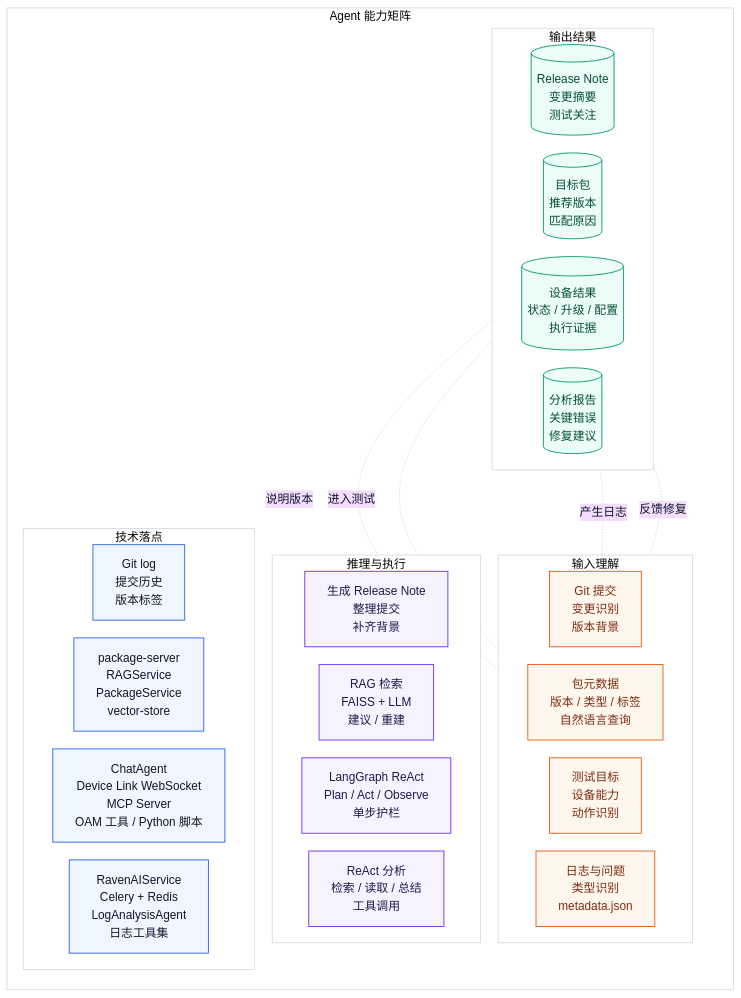
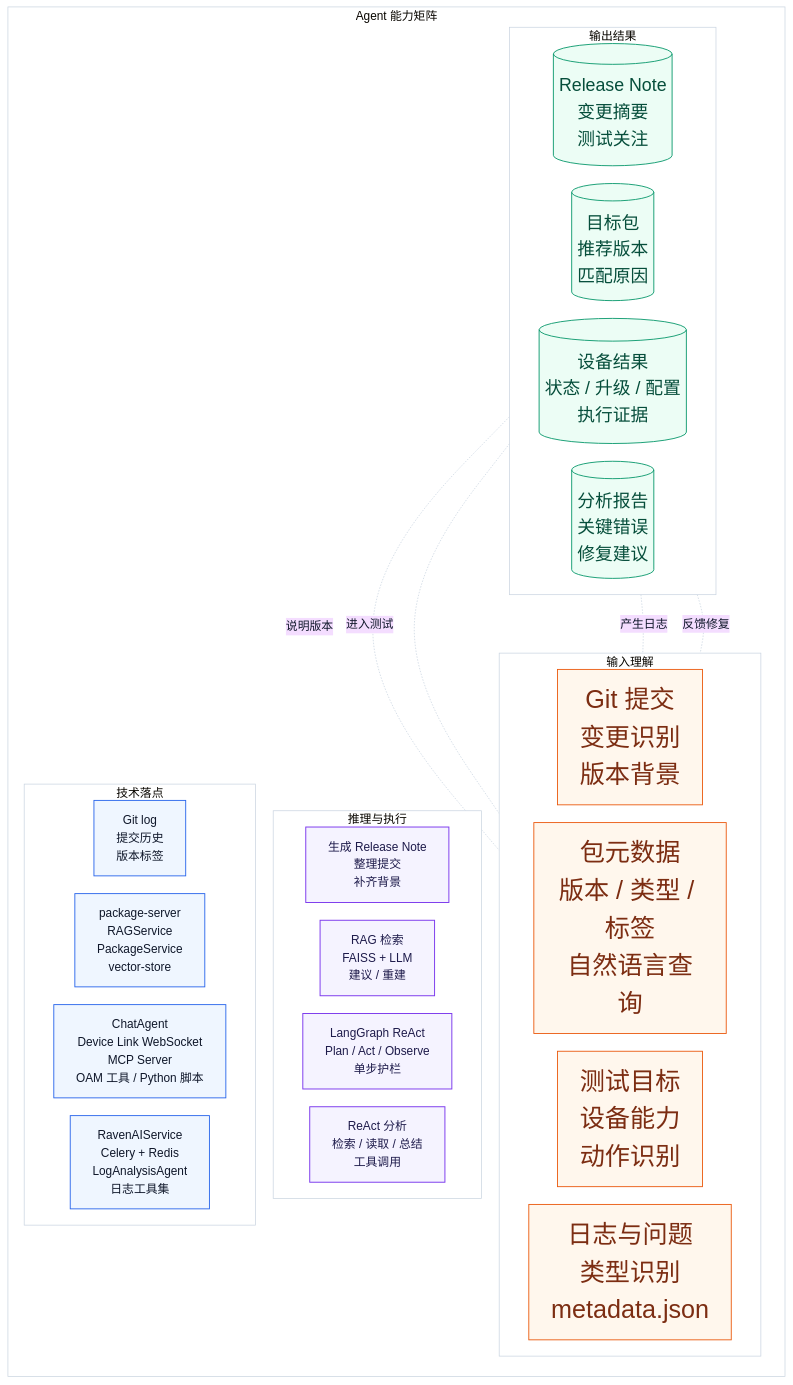
One commit to visiontrail/RavenAI changed the fourth of 4 diagrams in README.zh.md. Above: the diagram before and after it, drawn with Mermaid. The commit also changed 1 other file, not shown here.

Commit message:
chore: update font sizes in README files for improved readability

````diff
--- a/README.zh.md
+++ b/README.zh.md
@@ -148,61 +148,70 @@
 ```mermaid
 %% 建议导出画布：1200x900 或 1600x1200，4:3
 %% 主题：RavenAI 的 Agent 能力架构
 %%{init: {"theme": "base", "flowchart": {"htmlLabels": true, "nodeSpacing": 24, "rankSpacing": 30, "curve": "basis"}, "themeVariables": {"fontFamily": "Arial, Microsoft YaHei", "primaryTextColor": "#0F172A", "lineColor": "#CBD5E1", "clusterBkg": "#FFFFFF", "clusterBorder": "#CBD5E1"}}}%%
 
 flowchart TB
 
 subgraph M["Agent 能力矩阵"]
 direction TB
 
   subgraph R1["输入理解"]
   direction LR
     A1["Git 提交<br/>变更识别<br/>版本背景"]
     A2["包元数据<br/>版本 / 类型 / 标签<br/>自然语言查询"]
     A3["测试目标<br/>设备能力<br/>动作识别"]
     A4["日志与问题<br/>类型识别<br/>metadata.json"]
   end
 
   subgraph R2["推理与执行"]
   direction LR
     B1["生成 Release Note<br/>整理提交<br/>补齐背景"]
     B2["RAG 检索<br/>FAISS + LLM<br/>建议 / 重建"]
     B3["LangGraph ReAct<br/>Plan / Act / Observe<br/>单步护栏"]
     B4["ReAct 分析<br/>检索 / 读取 / 总结<br/>工具调用"]
   end
 
   subgraph R3["技术落点"]
   direction LR
     C1["Git log<br/>提交历史<br/>版本标签"]
     C2["package-server<br/>RAGService<br/>PackageService<br/>vector-store"]
     C3["ChatAgent<br/>Device Link WebSocket<br/>MCP Server<br/>OAM 工具 / Python 脚本"]
     C4["RavenAIService<br/>Celery + Redis<br/>LogAnalysisAgent<br/>日志工具集"]
   end
 
   subgraph R4["输出结果"]
   direction LR
     D1[("Release Note<br/>变更摘要<br/>测试关注")]
     D2[("目标包<br/>推荐版本<br/>匹配原因")]
     D3[("设备结果<br/>状态 / 升级 / 配置<br/>执行证据")]
     D4[("分析报告<br/>关键错误<br/>修复建议")]
   end
 
 end
 
 D1 -. "说明版本" .- A2
 D2 -. "进入测试" .- A3
 D3 -. "产生日志" .- A4
 D4 -. "反馈修复" .- A1
 
 classDef head fill:#312E81,stroke:#312E81,stroke-width:1.2px,color:#FFFFFF;
 classDef input fill:#FFF7ED,stroke:#EA580C,stroke-width:1.2px,color:#7C2D12;
 classDef agent fill:#F5F3FF,stroke:#7C3AED,stroke-width:1.3px,color:#1E1B4B;
 classDef tech fill:#EFF6FF,stroke:#2563EB,stroke-width:1.2px,color:#0F172A;
 classDef output fill:#ECFDF5,stroke:#059669,stroke-width:1.2px,color:#064E3B;
 
 class H1,H2,H3,H4 head;
 class A1,A2,A3,A4 input;
 class B1,B2,B3,B4 agent;
 class C1,C2,C3,C4 tech;
 class D1,D2,D3,D4 output;
+
+style A1 font-size:34px
+style A2 font-size:34px
+style A3 font-size:34px
+style A4 font-size:34px
+style D1 font-size:24px
+style D2 font-size:24px
+style D3 font-size:24px
+style D4 font-size:24px
 ```
````
